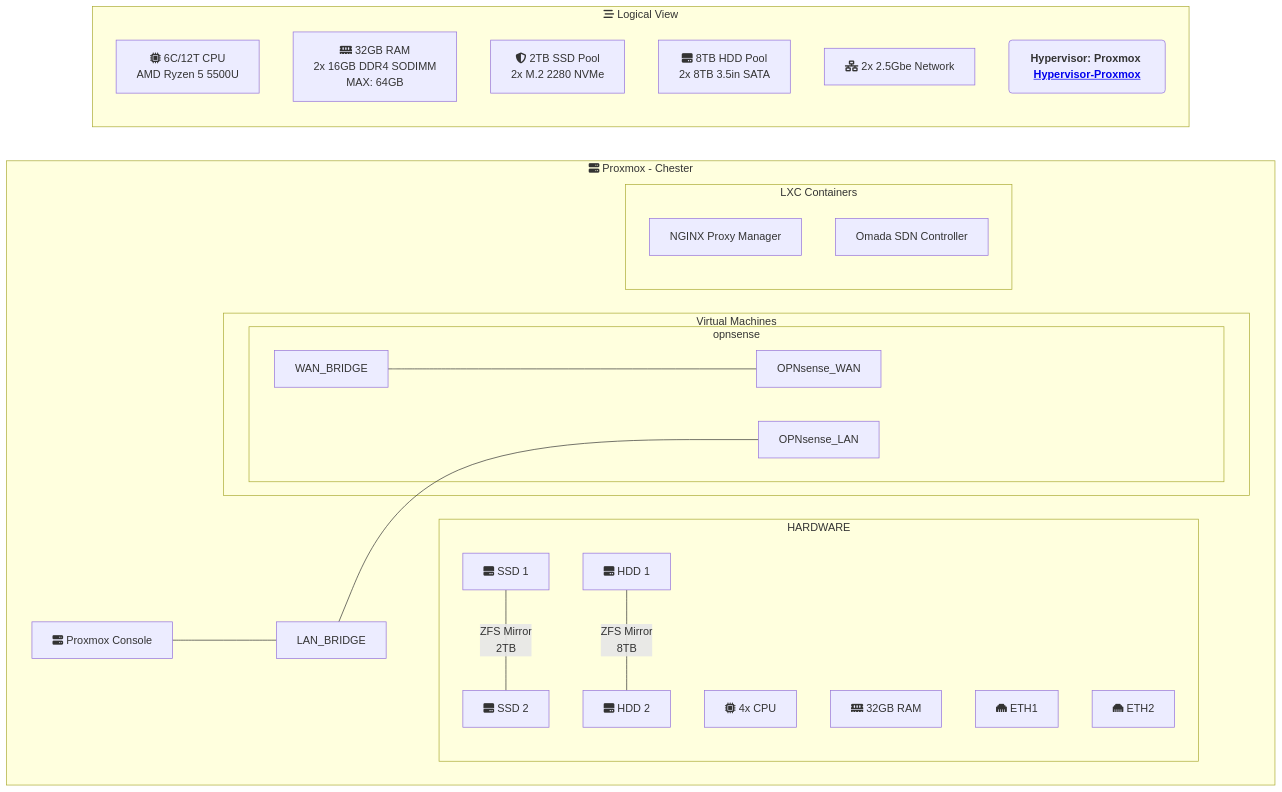
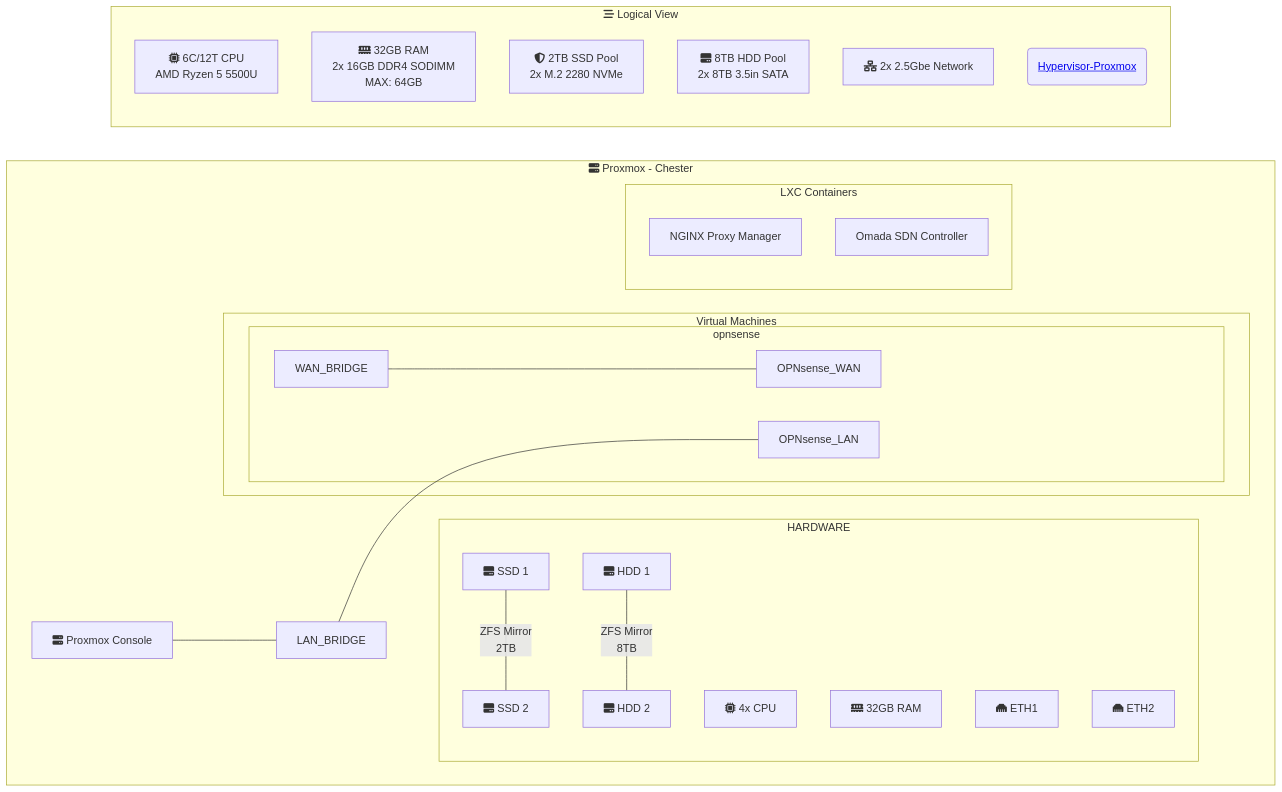
Before and after one commit to anvilzero/mermaid-diagrams: the diagram in README.md, drawn with Mermaid.

````diff
--- a/README.md
+++ b/README.md
@@ -4,47 +4,47 @@
 ```mermaid
 flowchart LR
     
     subgraph PROXMOX [fa:fa-server Proxmox - Chester]
         direction LR
         WAN_BRIDGE
         LAN_BRIDGE
         subgraph HARDWARE
             SSD_1[fa:fa-hdd SSD 1] ---|"`ZFS Mirror
             2TB`"| SSD_2[fa:fa-hdd SSD 2]
             HDD_1[fa:fa-hdd HDD 1] ---|"`ZFS Mirror
                 8TB`"| HDD_2[fa:fa-hdd HDD 2]
             PROXMOX_CPU[fa:fa-microchip 4x CPU]
             PROXMOX_RAM[fa:fa-memory 32GB RAM]
             ETH1[fa:fa-ethernet ETH1]
             ETH2[fa:fa-ethernet ETH2]
         end
         PROXMOX_CONSOLE[fa:fa-server Proxmox Console] --- LAN_BRIDGE
         subgraph VMs [Virtual Machines]
             subgraph OPNsense [opnsense]
                 OPNsense_WAN
                 WAN_BRIDGE
                 OPNsense_LAN
             end
         end
         subgraph LXC_CONTAINERS[LXC Containers]
             NGINX_PROXY_MANAGER[NGINX Proxy Manager]
             OMADA_SDN[Omada SDN Controller]
         end
         WAN_BRIDGE --- OPNsense_WAN
         LAN_BRIDGE --- OPNsense_LAN
     end
 
     subgraph LOGICAL_VIEW [fa:fa-stream Logical View]
         CPU["`fa:fa-microchip 6C/12T CPU
             AMD Ryzen 5 5500U`"]
         RAM["`fa:fa-memory 32GB RAM
             2x 16GB DDR4 SODIMM
             MAX: 64GB`"]
         SSD_POOL["`fa:fa-shield-alt 2TB SSD Pool
             2x M.2 2280 NVMe`"]
         HDD_POOL["`fa:fa-hdd 8TB HDD Pool
             2x 8TB 3.5in SATA`"]
         NET[fa:fa-network-wired 2x 2.5Gbe Network]
-        HYPERVISOR(<b>Hypervisor: Proxmox<b> <a href='https://github.com/anvilzero/mermaid-diagrams/blob/main/sandcastle-hypervisor.md'>Hypervisor-Proxmox</a>)
+        HYPERVISOR(<a href='https://github.com/anvilzero/mermaid-diagrams/blob/main/sandcastle-hypervisor.md'>Hypervisor-Proxmox</a>)
     end
 ```
````
